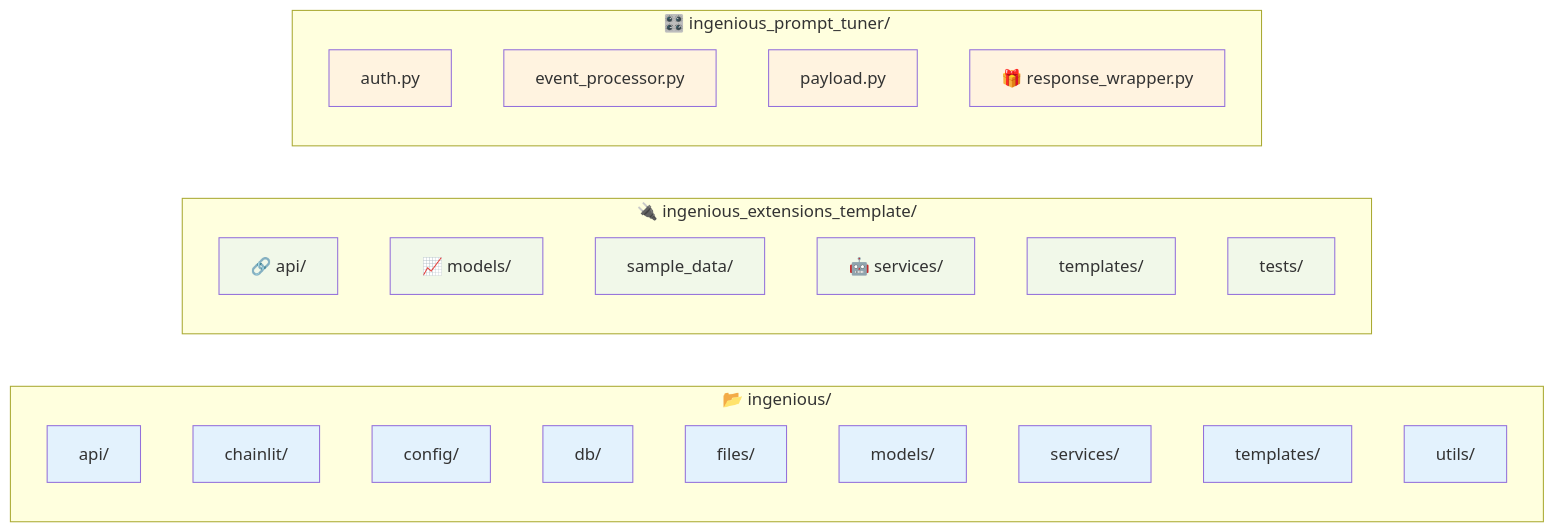
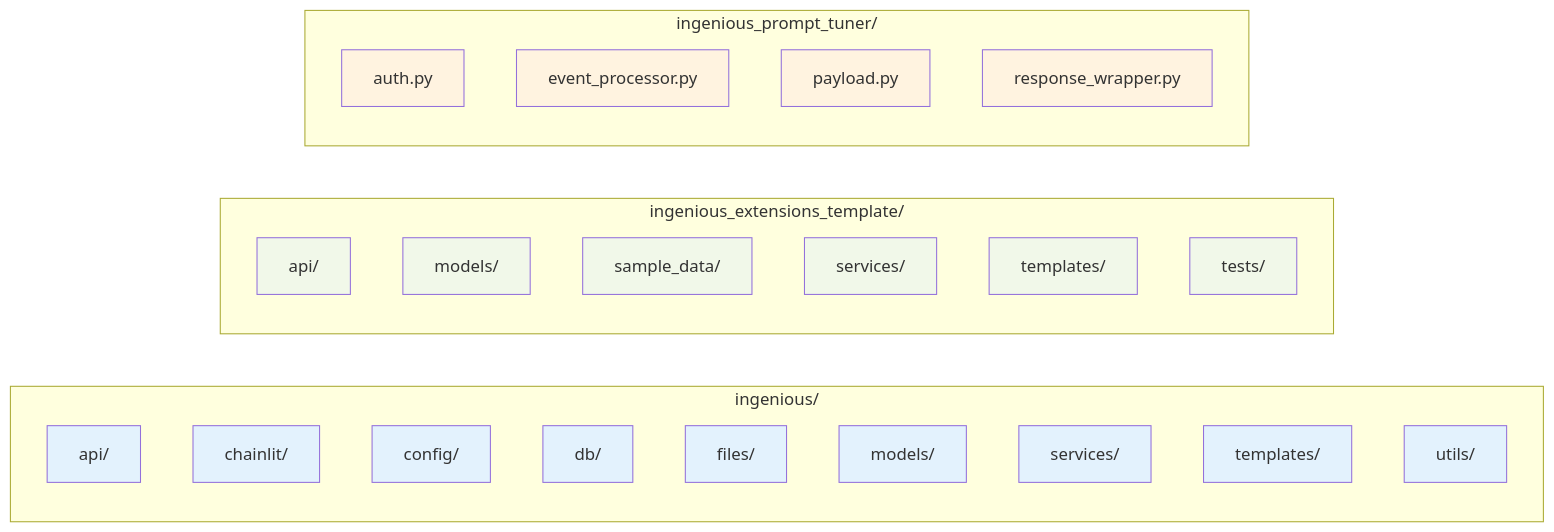
One commit to the-ingenious-dark-knight/Insight_Ingenious changed the third of 11 diagrams in docs/development/README.md. Above: the diagram before and after it, drawn with Mermaid. The commit also changed other lines of this file and 17 other files, not shown here.

````diff
--- a/docs/development/README.md
+++ b/docs/development/README.md
@@ -116,38 +116,38 @@
 ```mermaid
 graph LR
-    subgraph "📂 ingenious/"
+    subgraph "ingenious/"
         CORE_API[ api/]
         CORE_CHAINLIT[ chainlit/]
         CORE_CONFIG[ config/]
         CORE_DB[ db/]
         CORE_FILES[ files/]
         CORE_MODELS[ models/]
         CORE_SERVICES[ services/]
         CORE_TEMPLATES[ templates/]
         CORE_UTILS[ utils/]
     end
 
-    subgraph "🔌 ingenious_extensions_template/"
-        EXT_API[🔗 api/]
-        EXT_MODELS[📈 models/]
+    subgraph "ingenious_extensions_template/"
+        EXT_API[api/]
+        EXT_MODELS[models/]
         EXT_SAMPLE[ sample_data/]
-        EXT_SERVICES[🤖 services/]
+        EXT_SERVICES[services/]
         EXT_TEMPLATES[ templates/]
         EXT_TESTS[ tests/]
     end
 
-    subgraph "🎛️ ingenious_prompt_tuner/"
+    subgraph "ingenious_prompt_tuner/"
         TUNER_AUTH[ auth.py]
         TUNER_PROCESSOR[ event_processor.py]
         TUNER_PAYLOAD[ payload.py]
-        TUNER_WRAPPER[🎁 response_wrapper.py]
+        TUNER_WRAPPER[response_wrapper.py]
     end
 
     classDef core fill:#e3f2fd
     classDef extensions fill:#f1f8e9
     classDef tuner fill:#fff3e0
 
     class CORE_API,CORE_CHAINLIT,CORE_CONFIG,CORE_DB,CORE_FILES,CORE_MODELS,CORE_SERVICES,CORE_TEMPLATES,CORE_UTILS core
     class EXT_API,EXT_MODELS,EXT_SAMPLE,EXT_SERVICES,EXT_TEMPLATES,EXT_TESTS extensions
     class TUNER_AUTH,TUNER_PROCESSOR,TUNER_PAYLOAD,TUNER_WRAPPER tuner
 ```
````
